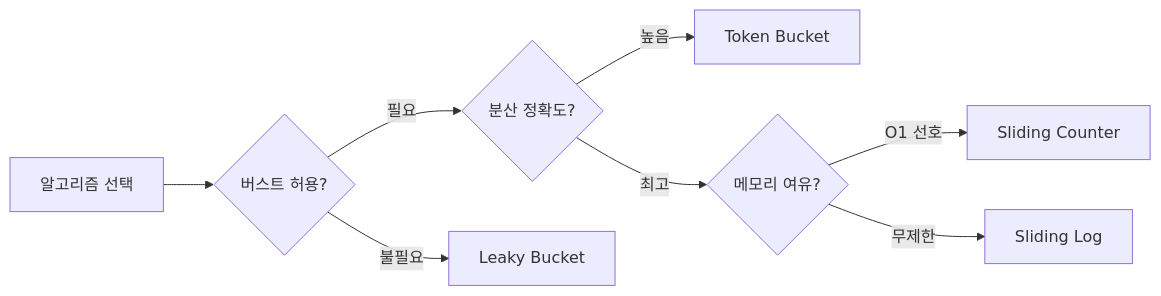
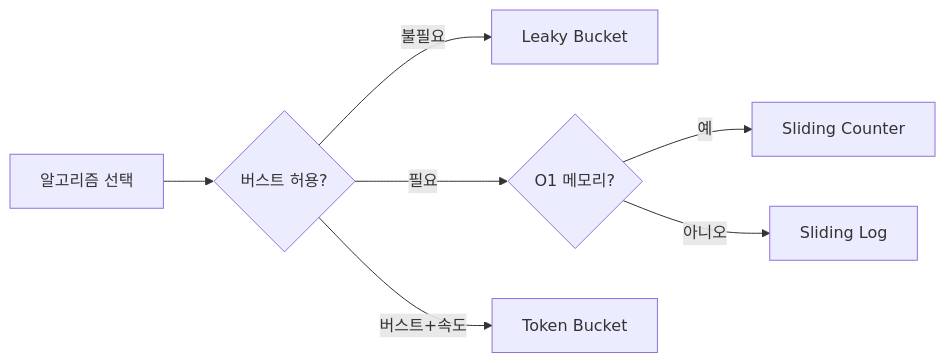
The first of 3 diagrams in _posts/systemdesign/2026-05-02-system-design-rate-limiter.md (yjkim2015/yjkim2015.github.io), drawn with Mermaid before and after one commit. The commit also changed other lines of this file and 245 other files, not shown here.

First line of the commit message:
Mermaid 다이어그램 전면 수정 + 면접 포인트 접기/펼치기 + DB 데드락 페이지

````diff
--- a/_posts/systemdesign/2026-05-02-system-design-rate-limiter.md
+++ b/_posts/systemdesign/2026-05-02-system-design-rate-limiter.md
@@ -579,10 +579,9 @@
 ```mermaid
 graph LR
     A[알고리즘 선택] --> B{버스트 허용?}
-    B -->|필요| C{분산 정확도?}
-    B -->|불필요| D[Leaky Bucket]
-    C -->|높음| E[Token Bucket]
-    C -->|최고| F{메모리 여유?}
-    F -->|O1 선호| G[Sliding Counter]
-    F -->|무제한| H[Sliding Log]
+    B -->|불필요| C[Leaky Bucket]
+    B -->|필요| D{O1 메모리?}
+    D -->|예| E[Sliding Counter]
+    D -->|아니오| F[Sliding Log]
+    B -->|버스트+속도| G[Token Bucket]
 ```
````
